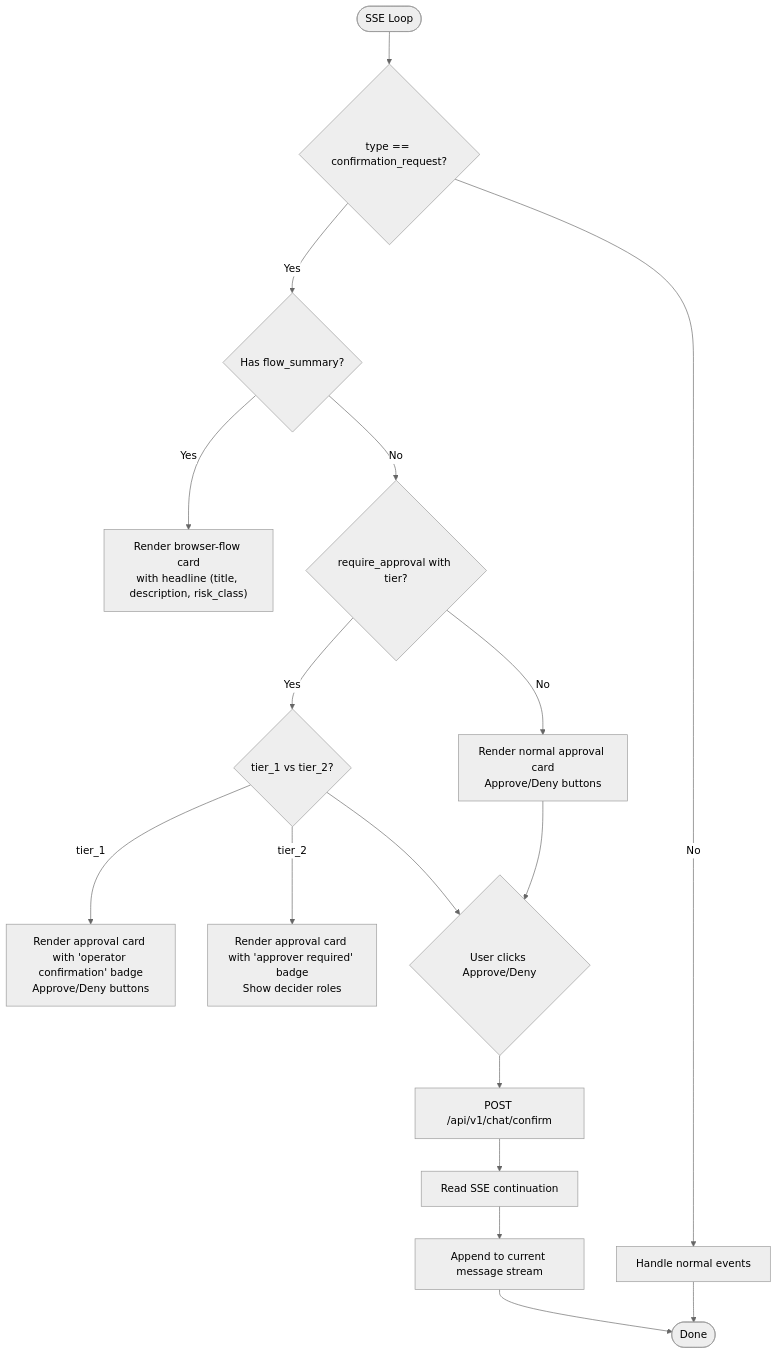
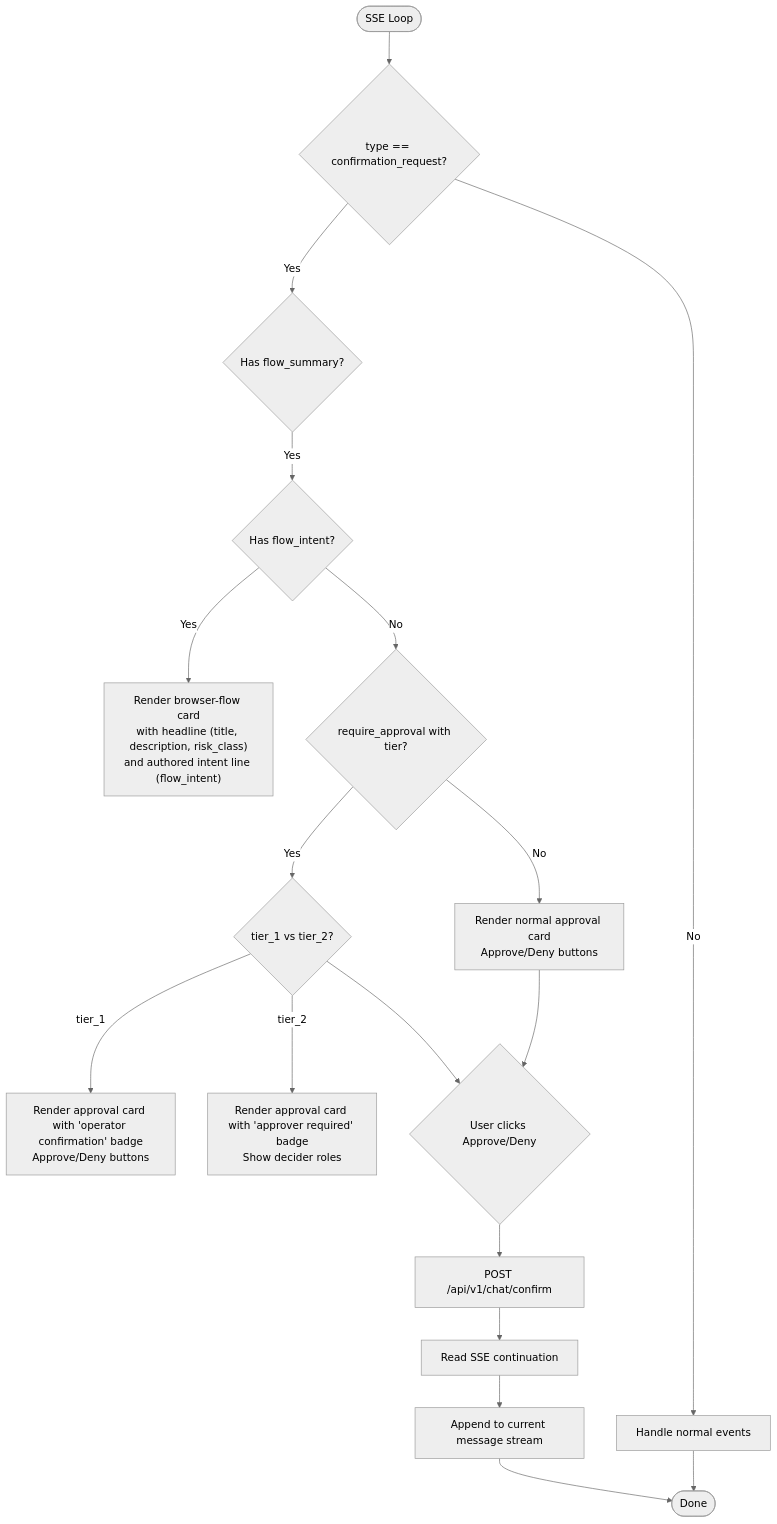
Before and after one commit to metasync/luban-aiops: diagram 13 of 14 in .qoder/repowiki/en/content/Agent Platform Service/HITL Confirmation Bridging (SPEC-020).md, drawn with Mermaid (neutral theme). The commit also changed other lines of this file and 7 other files, not shown here.

````diff
--- a/.qoder/repowiki/en/content/Agent Platform Service/HITL Confirmation Bridging (SPEC-020).md
+++ b/.qoder/repowiki/en/content/Agent Platform Service/HITL Confirmation Bridging (SPEC-020).md
@@ -603,19 +713,20 @@
 ```mermaid
 flowchart TD
 S(["SSE Loop"]) --> Type{"type == confirmation_request?"}
 Type -- Yes --> CheckFlow{"Has flow_summary?"}
-CheckFlow -- Yes --> RenderFlowCard["Render browser-flow card<br/>with headline (title, description, risk_class)"]
-CheckFlow -- No --> CheckTier{"require_approval with tier?"}
+CheckFlow -- Yes --> CheckIntent{"Has flow_intent?"}
+CheckIntent -- Yes --> RenderFlowCard["Render browser-flow card<br/>with headline (title, description, risk_class)<br/>and authored intent line (flow_intent)"]
+CheckIntent -- No --> CheckTier{"require_approval with tier?"}
 CheckTier -- Yes --> CheckTierType{"tier_1 vs tier_2?"}
 CheckTierType -- tier_1 --> RenderTier1Card["Render approval card with 'operator confirmation' badge<br/>Approve/Deny buttons"]
 CheckTierType -- tier_2 --> RenderTier2Card["Render approval card with 'approver required' badge<br/>Show decider roles"]
 CheckTierType --> Decision{"User clicks Approve/Deny"}
 CheckTier -- No --> RenderNormalCard["Render normal approval card<br/>Approve/Deny buttons"]
 RenderNormalCard --> Decision
 Decision --> Post["POST /api/v1/chat/confirm"]
 Post --> Stream["Read SSE continuation"]
 Stream --> Append["Append to current message stream"]
 Type -- No --> Normal["Handle normal events"]
 Append --> Done(["Done"])
 Normal --> Done
 ```
````
